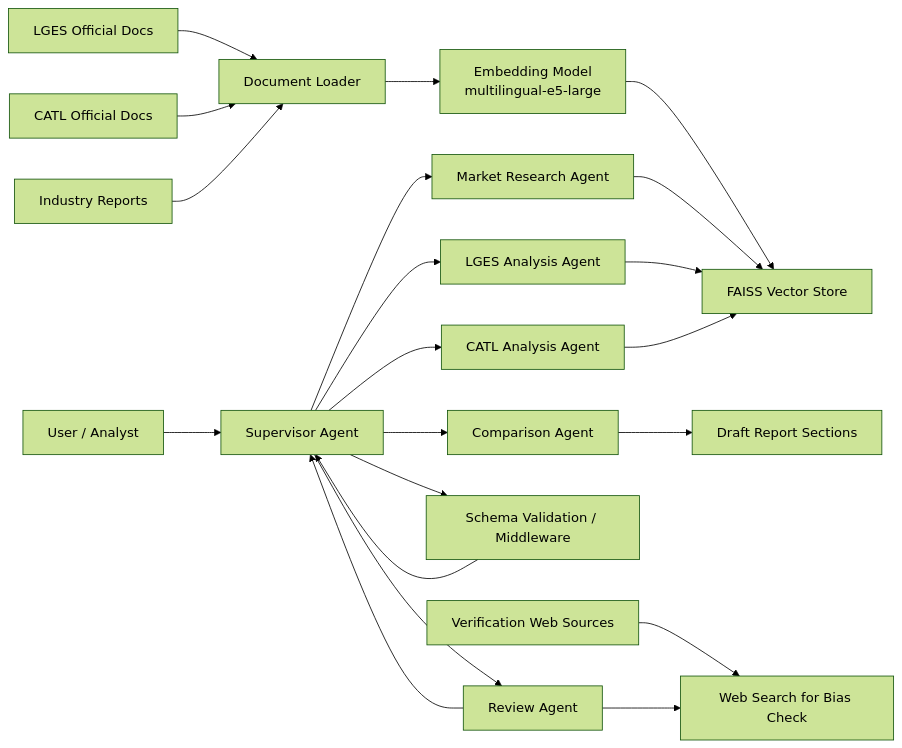
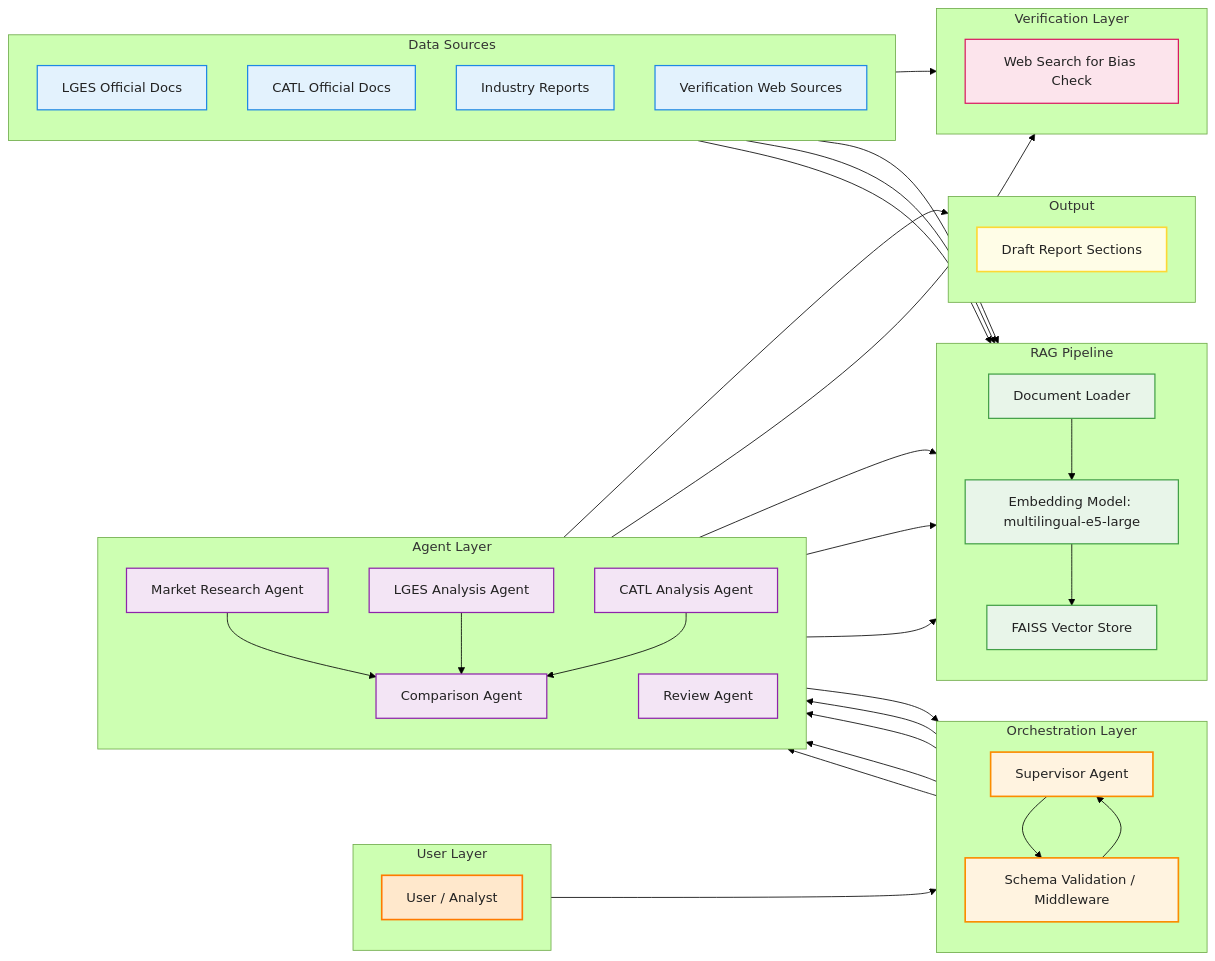
Before and after one commit to juwonleee/battery-strategy-multi-agent: the third of 3 diagrams in docs/design.md, drawn with Mermaid (forest theme). The commit also changed other lines of this file, not shown here.

Commit message:
Update Mermaid diagrams in design document

````diff
--- a/docs/design.md
+++ b/docs/design.md
@@ -367,32 +393,120 @@
 ```mermaid
 flowchart LR
-    U[User / Analyst] --> S[Supervisor Agent]
+%% =======================
+%% 1. USER LAYER
+%% =======================
+subgraph L1[User Layer]
+    direction TB
+    U[User / Analyst]
+end
 
+%% =======================
+%% 2. ORCHESTRATION
+%% =======================
+subgraph L2[Orchestration Layer]
+    direction TB
+    S[Supervisor Agent]
+    SV[Schema Validation / Middleware]
+end
+
+%% =======================
+%% 3. DATA SOURCES
+%% =======================
+subgraph L3[Data Sources]
+    direction TB
     DS1[LGES Official Docs]
     DS2[CATL Official Docs]
     DS3[Industry Reports]
     DS4[Verification Web Sources]
+end
 
-    DS1 --> ING[Document Loader]
-    DS2 --> ING
-    DS3 --> ING
-    DS4 --> WS[Web Search for Bias Check]
+%% =======================
+%% 4. RAG PIPELINE
+%% =======================
+subgraph L4[RAG Pipeline]
+    direction TB
+    ING[Document Loader]
+    EMB[Embedding Model: multilingual-e5-large]
+    VDB[FAISS Vector Store]
+end
 
-    ING --> EMB[Embedding Model\nmultilingual-e5-large]
-    EMB --> VDB[FAISS Vector Store]
+%% =======================
+%% 5. AGENT LAYER
+%% =======================
+subgraph L5[Agent Layer]
+    direction TB
+    MR[Market Research Agent]
+    LG[LGES Analysis Agent]
+    CT[CATL Analysis Agent]
+    CMP[Comparison Agent]
+    RV[Review Agent]
+end
 
-    S --> MR[Market Research Agent]
-    S --> LG[LGES Analysis Agent]
-    S --> CT[CATL Analysis Agent]
-    S --> SV[Schema Validation / Middleware]
-    S --> CMP[Comparison Agent]
-    S --> RV[Review Agent]
+%% =======================
+%% 6. VERIFICATION
+%% =======================
+subgraph L6[Verification Layer]
+    direction TB
+    WS[Web Search for Bias Check]
+end
 
-    MR --> VDB
-    LG --> VDB
-    CT --> VDB
-    RV --> WS
-    CMP --> OUT[Draft Report Sections]
-    SV --> S
-    RV --> S
+%% =======================
+%% 7. OUTPUT
+%% =======================
+subgraph L7[Output]
+    direction TB
+    OUT[Draft Report Sections]
+end
+
+%% =======================
+%% FLOW
+%% =======================
+
+U --> S
+
+DS1 --> ING
+DS2 --> ING
+DS3 --> ING
+ING --> EMB --> VDB
+
+DS4 --> WS
+
+S --> MR
+S --> LG
+S --> CT
+S --> RV
+S --> SV
+
+MR --> VDB
+LG --> VDB
+CT --> VDB
+
+MR --> CMP
+LG --> CMP
+CT --> CMP
+CMP --> OUT
+
+RV --> WS
+RV --> S
+SV --> S
+
+%% =======================
+%% STYLE
+%% =======================
+
+classDef user fill:#FFE8CC,stroke:#FF7A00,stroke-width:2px,color:#222;
+classDef orchestrator fill:#FFF3E0,stroke:#FB8C00,stroke-width:2px,color:#222;
+classDef data fill:#E3F2FD,stroke:#1E88E5,stroke-width:1.5px,color:#222;
+classDef rag fill:#E8F5E9,stroke:#43A047,stroke-width:1.5px,color:#222;
+classDef agent fill:#F3E5F5,stroke:#8E24AA,stroke-width:1.5px,color:#222;
+classDef verify fill:#FCE4EC,stroke:#D81B60,stroke-width:1.5px,color:#222;
+classDef output fill:#FFFDE7,stroke:#FDD835,stroke-width:2px,color:#222;
+
+class U user
+class S,SV orchestrator
+class DS1,DS2,DS3,DS4 data
+class ING,EMB,VDB rag
+class MR,LG,CT,CMP,RV agent
+class WS verify
+class OUT output
 ```
````
